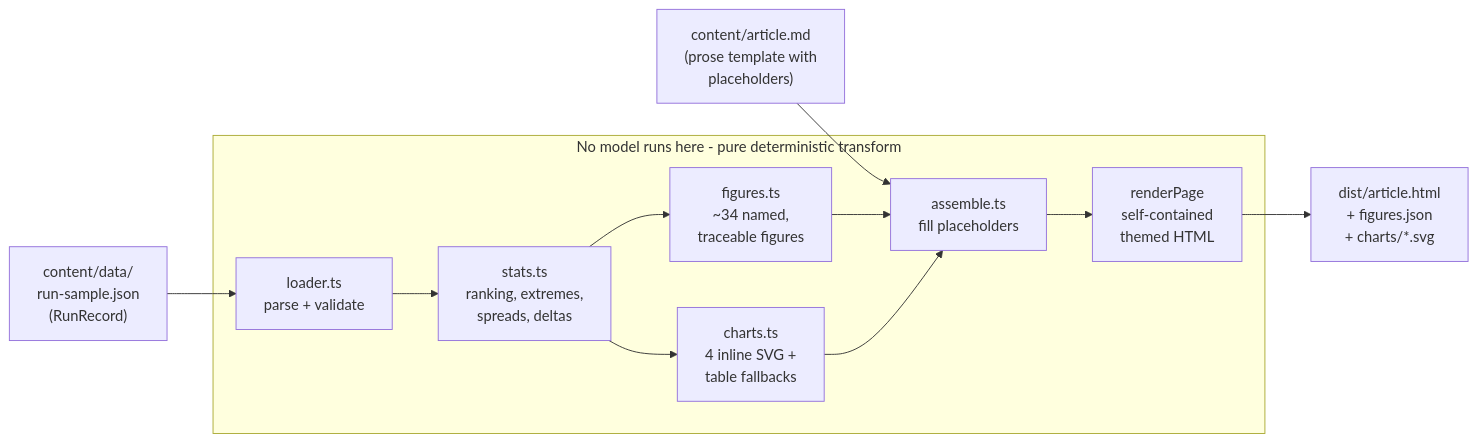
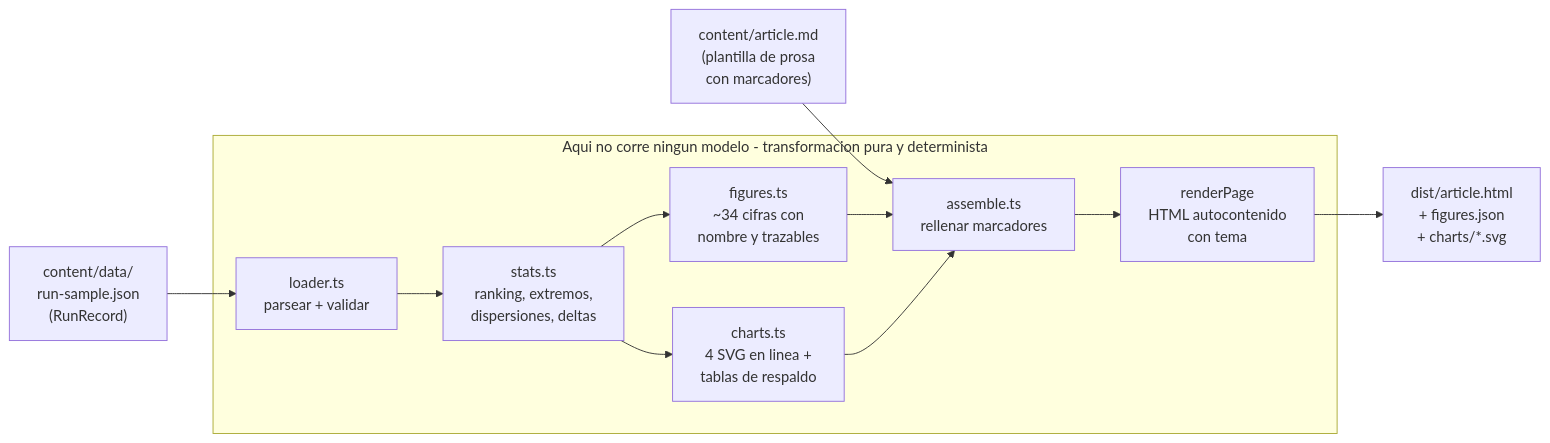
Before and after one commit to ykro/aisprint-agy-eight-agents-one-ticket: the first of 2 diagrams in README.md, drawn with Mermaid. The commit also changed other lines of this file and 4 other files, not shown here.

````diff
--- a/README.md
+++ b/README.md
@@ -95,21 +113,21 @@
 ```mermaid
 flowchart LR
-  A["content/data/<br/>run-sample.json<br/>(RunRecord)"] --> B["loader.ts<br/>parse + validate"]
-  B --> C["stats.ts<br/>ranking, extremes,<br/>spreads, deltas"]
-  C --> D["figures.ts<br/>~34 named,<br/>traceable figures"]
-  C --> E["charts.ts<br/>4 inline SVG +<br/>table fallbacks"]
-  T["content/article.md<br/>(prose template with<br/>placeholders)"] --> F
-  D --> F["assemble.ts<br/>fill placeholders"]
+  A["content/data/<br/>run-sample.json<br/>(RunRecord)"] --> B["loader.ts<br/>parsear + validar"]
+  B --> C["stats.ts<br/>ranking, extremos,<br/>dispersiones, deltas"]
+  C --> D["figures.ts<br/>~34 cifras con<br/>nombre y trazables"]
+  C --> E["charts.ts<br/>4 SVG en linea +<br/>tablas de respaldo"]
+  T["content/article.md<br/>(plantilla de prosa<br/>con marcadores)"] --> F
+  D --> F["assemble.ts<br/>rellenar marcadores"]
   E --> F
-  F --> G["renderPage<br/>self-contained<br/>themed HTML"]
+  F --> G["renderPage<br/>HTML autocontenido<br/>con tema"]
   G --> H["dist/article.html<br/>+ figures.json<br/>+ charts/*.svg"]
 
-  subgraph NOMODEL ["No model runs here - pure deterministic transform"]
+  subgraph NOMODEL ["Aqui no corre ningun modelo - transformacion pura y determinista"]
     B
     C
     D
     E
     F
     G
   end
 ```
````
